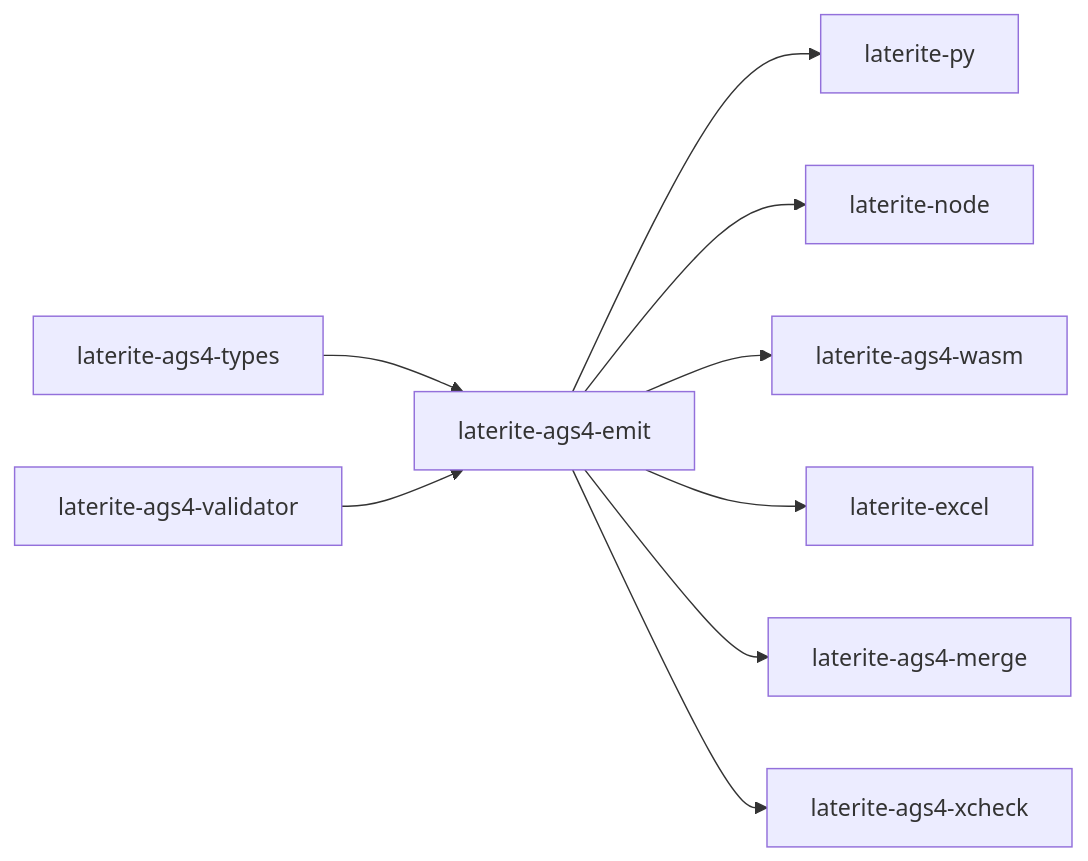
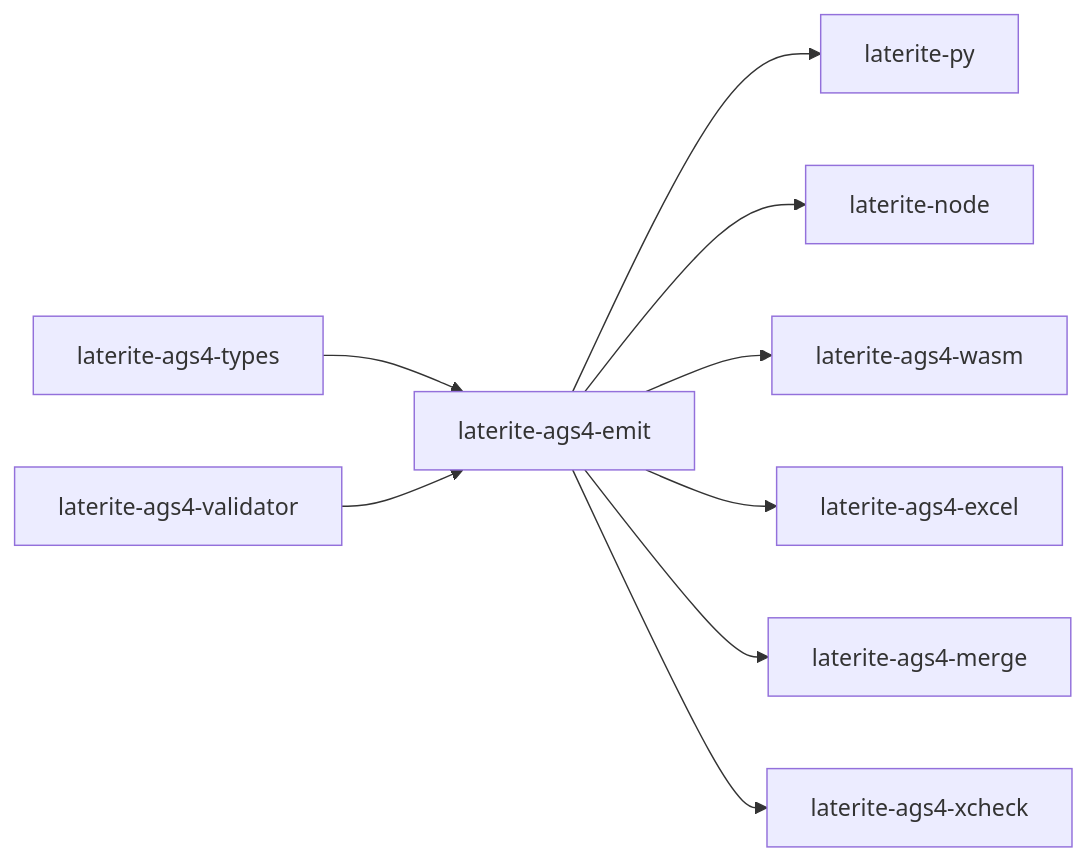
The diagram in ags-wiki/tools/laterite-ags4-emit.md (niko86/laterite), drawn with Mermaid before and after one commit. The commit also changed other lines of this file and 48 other files, not shown here.

````diff
--- a/ags-wiki/tools/laterite-ags4-emit.md
+++ b/ags-wiki/tools/laterite-ags4-emit.md
@@ -94,11 +94,11 @@
 ```mermaid
 flowchart LR
   types[laterite-ags4-types] --> emit[laterite-ags4-emit]
   val[laterite-ags4-validator] --> emit
   emit --> latpy[laterite-py]
   emit --> latnode[laterite-node]
   emit --> wasm[laterite-ags4-wasm]
-  emit --> excel[laterite-excel]
+  emit --> excel[laterite-ags4-excel]
   emit --> merge[laterite-ags4-merge]
   emit --> xcheck[laterite-ags4-xcheck]
 ```
````
